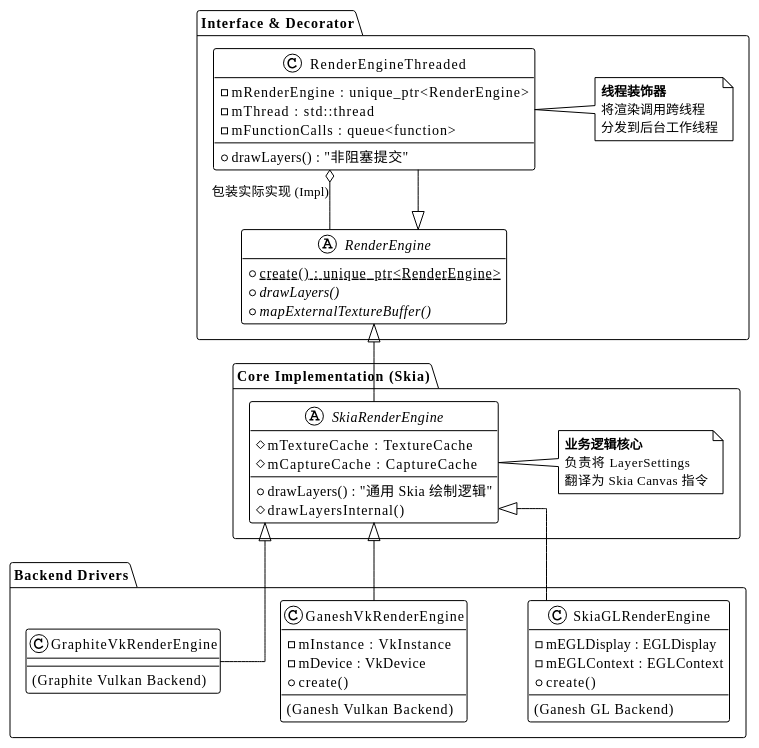
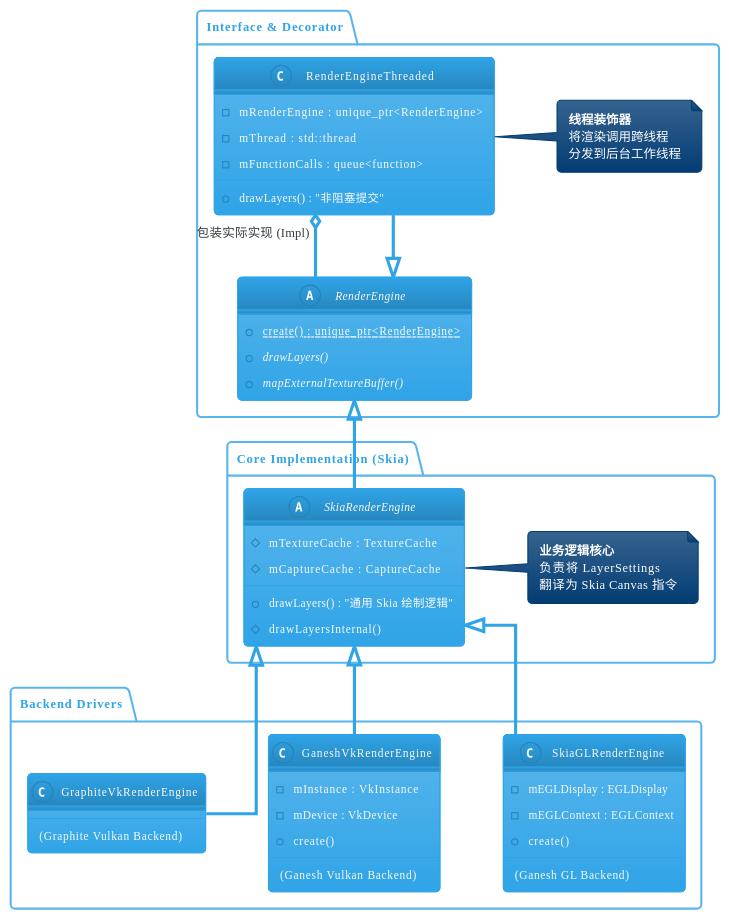
The first of 3 diagrams in content/android-dev/display/RenderEngine.md (Ethen-Cao/ethenslab), drawn with PlantUML before and after one commit. The commit also changed 3 other files, not shown here.

````diff
--- a/content/android-dev/display/RenderEngine.md
+++ b/content/android-dev/display/RenderEngine.md
@@ -15,6 +15,6 @@
 ```plantuml
 @startuml
-!theme plain
+!theme cerulean
 hide empty members
 skinparam linetype ortho
 skinparam nodesep 60
````
